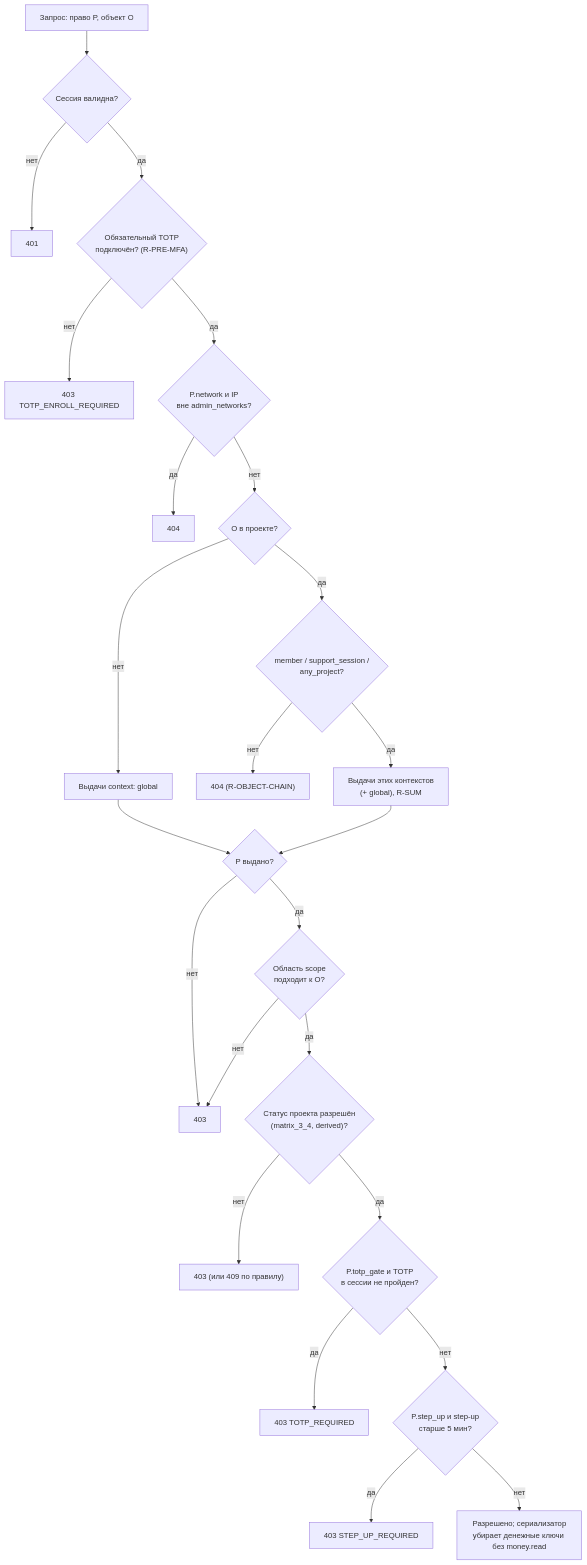
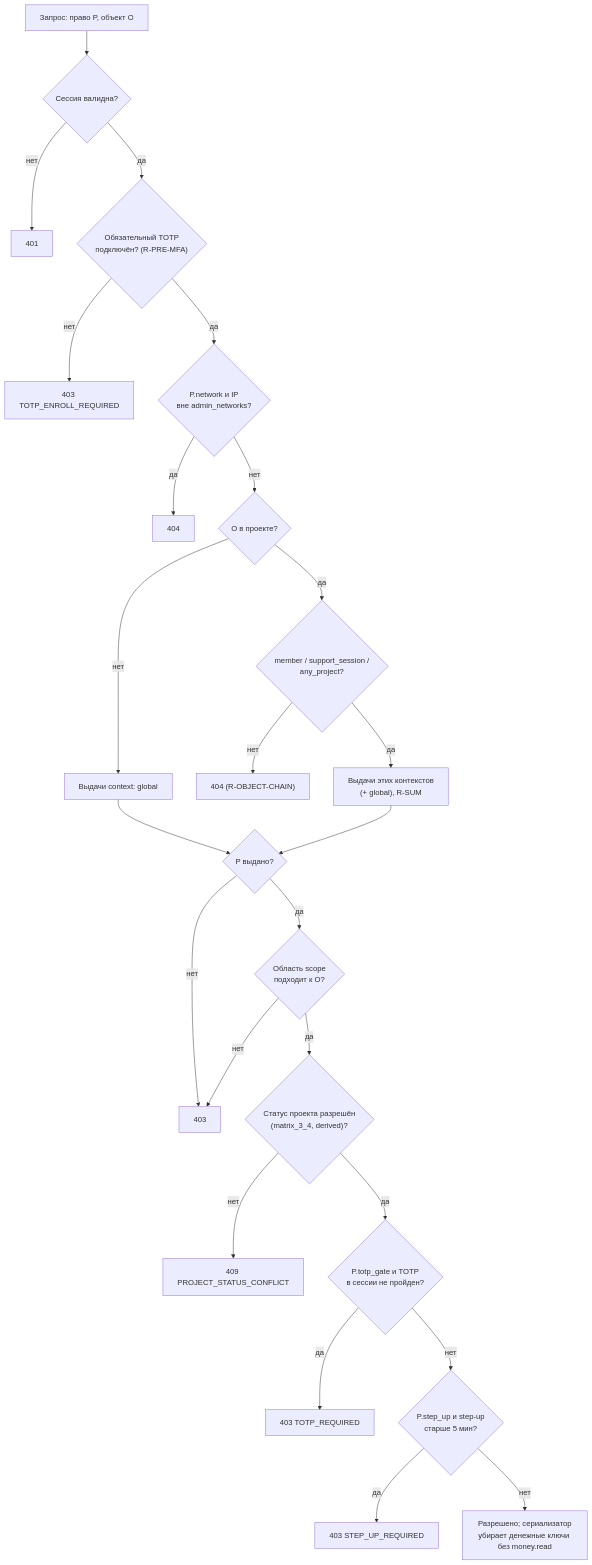
Before and after one commit to gera73ov/project-evaluation-app: the diagram in contracts/permissions.md, drawn with Mermaid. The commit also changed other lines of this file and 1 other file, not shown here.

````diff
--- a/contracts/permissions.md
+++ b/contracts/permissions.md
@@ -51,26 +51,26 @@
 ```mermaid
 flowchart TD
     A["Запрос: право P, объект O"] --> S{"Сессия валидна?"}
     S -- нет --> E401["401"]
     S -- да --> MFA{"Обязательный TOTP<br/>подключён? (R-PRE-MFA)"}
     MFA -- нет --> E403e["403 TOTP_ENROLL_REQUIRED"]
     MFA -- да --> NET{"P.network и IP<br/>вне admin_networks?"}
     NET -- да --> E404n["404"]
     NET -- нет --> CTX{"O в проекте?"}
     CTX -- нет --> G["Выдачи context: global"]
     CTX -- да --> M{"member / support_session /<br/>any_project?"}
     M -- нет --> E404["404 (R-OBJECT-CHAIN)"]
     M -- да --> G2["Выдачи этих контекстов<br/>(+ global), R-SUM"]
     G --> HAS{"P выдано?"}
     G2 --> HAS
     HAS -- нет --> E403["403"]
     HAS -- да --> SC{"Область scope<br/>подходит к O?"}
     SC -- нет --> E403
     SC -- да --> ST{"Статус проекта разрешён<br/>(matrix_3_4, derived)?"}
-    ST -- нет --> E403s["403 (или 409 по правилу)"]
+    ST -- нет --> E409s["409 PROJECT_STATUS_CONFLICT"]
     ST -- да --> TOTP{"P.totp_gate и TOTP<br/>в сессии не пройден?"}
     TOTP -- да --> E403t["403 TOTP_REQUIRED"]
     TOTP -- нет --> UP{"P.step_up и step-up<br/>старше 5 мин?"}
     UP -- да --> E403u["403 STEP_UP_REQUIRED"]
     UP -- нет --> OK["Разрешено; сериализатор<br/>убирает денежные ключи без money.read"]
 ```
````
